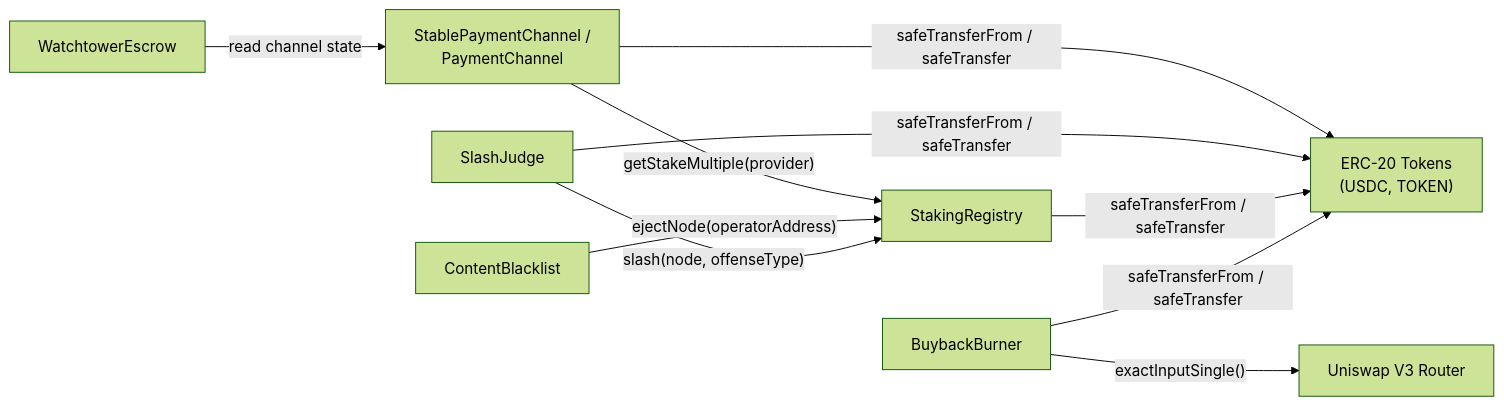
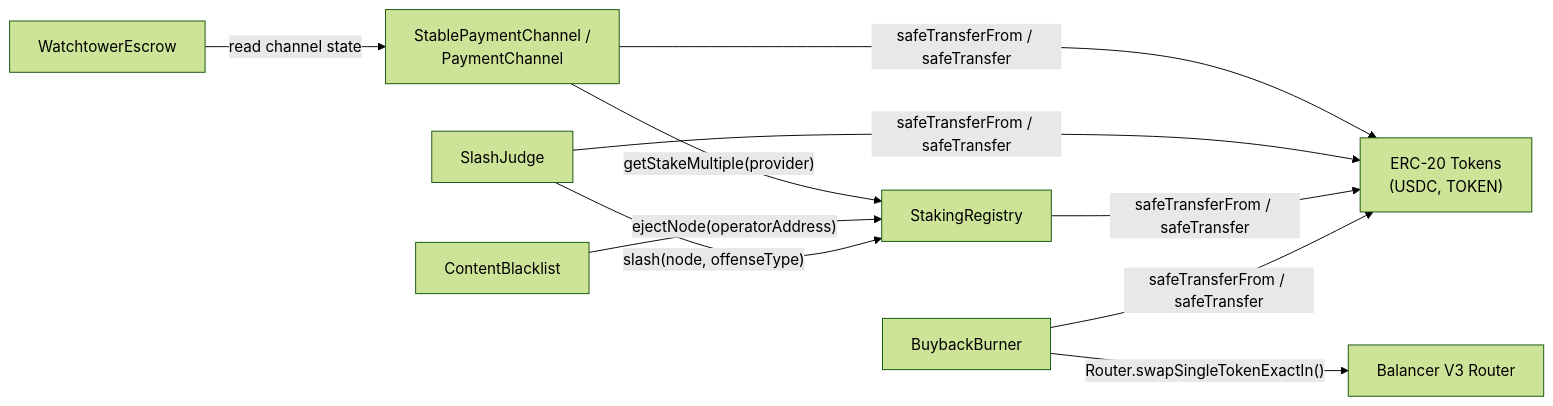
One commit to decdn/decdn changed the second of 4 diagrams in adr/016-contract-interactions.md. Above: the diagram before and after it, drawn with Mermaid (forest theme). The commit also changed other lines of this file and 5 other files, not shown here.

````diff
--- a/adr/016-contract-interactions.md
+++ b/adr/016-contract-interactions.md
@@ -110,21 +110,21 @@
 ```mermaid
 graph LR
     SPC["StablePaymentChannel /<br/>PaymentChannel"]
     SR["StakingRegistry"]
     CB["ContentBlacklist"]
     SJ["SlashJudge"]
     BB["BuybackBurner"]
     WE["WatchtowerEscrow"]
     ERC["ERC-20 Tokens<br/>(USDC, TOKEN)"]
-    UNI["Uniswap V3 Router"]
+    BAL["Balancer V3 Router"]
 
     SPC -->|"getStakeMultiple(provider)"| SR
     SPC -->|"safeTransferFrom / safeTransfer"| ERC
     CB -->|"ejectNode(operatorAddress)"| SR
     SJ -->|"slash(node, offenseType)"| SR
     SJ -->|"safeTransferFrom / safeTransfer"| ERC
     SR -->|"safeTransferFrom / safeTransfer"| ERC
-    BB -->|"exactInputSingle()"| UNI
+    BB -->|"Router.swapSingleTokenExactIn()"| BAL
     BB -->|"safeTransferFrom / safeTransfer"| ERC
     WE -->|"read channel state"| SPC
 ```
````
